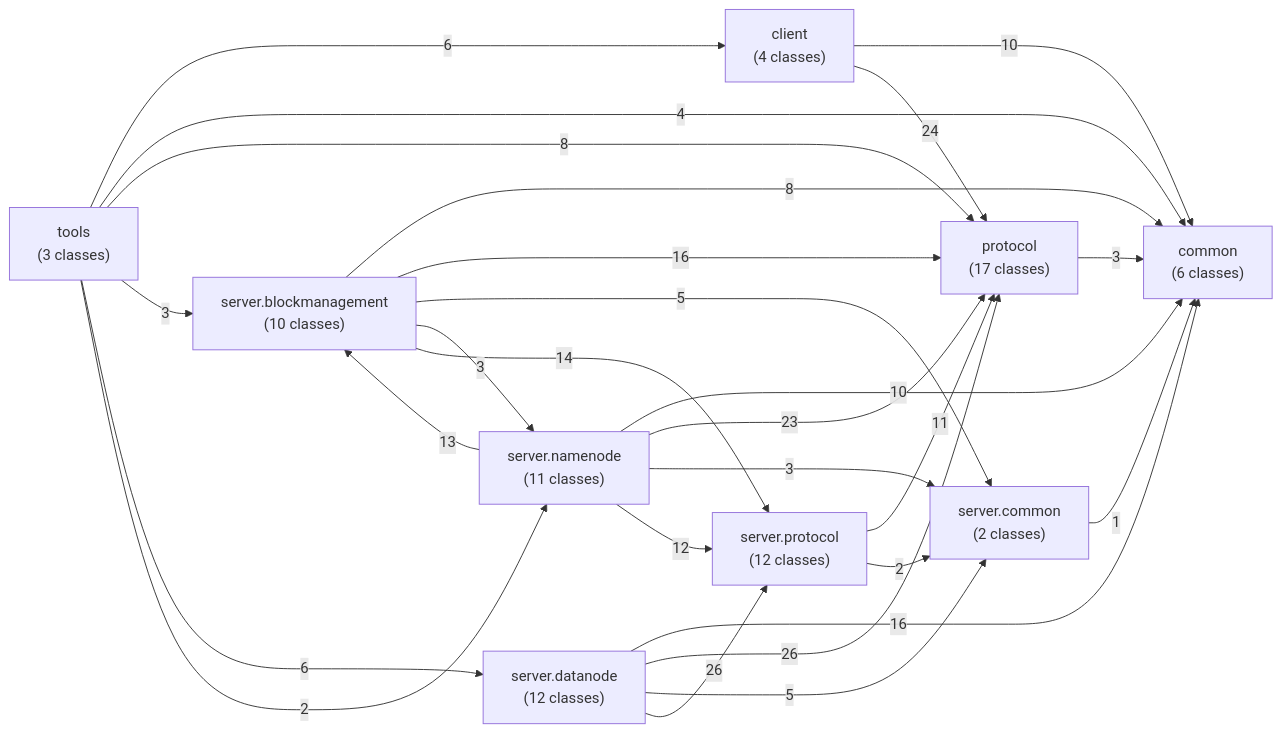
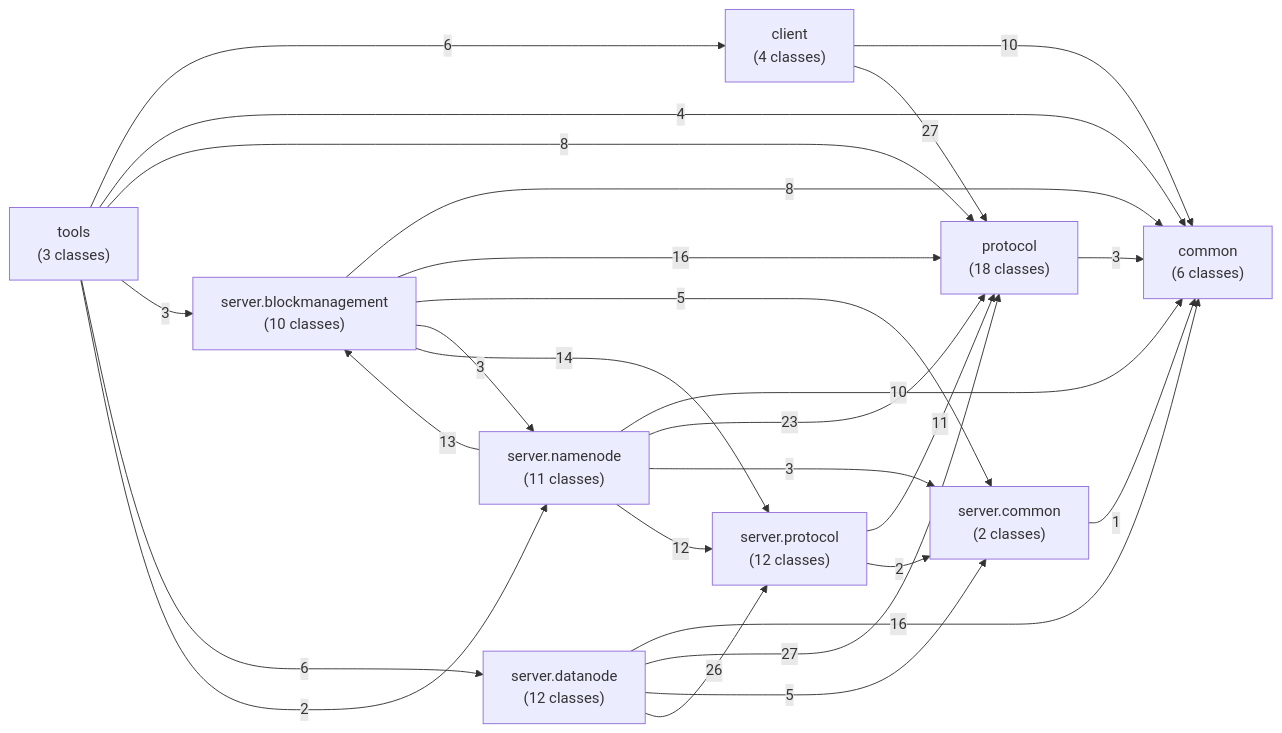
One commit to catothi/edudfs changed the first of 11 diagrams in docs/DEPENDENCIES.md. Above: the diagram before and after it, drawn with Mermaid. The commit also changed other lines of this file and 28 other files, not shown here.

````diff
--- a/docs/DEPENDENCIES.md
+++ b/docs/DEPENDENCIES.md
@@ -20,38 +20,38 @@
 ```mermaid
 flowchart LR
     client["client<br/>(4 classes)"]
     common["common<br/>(6 classes)"]
-    protocol["protocol<br/>(17 classes)"]
+    protocol["protocol<br/>(18 classes)"]
     server_blockmanagement["server.blockmanagement<br/>(10 classes)"]
     server_common["server.common<br/>(2 classes)"]
     server_datanode["server.datanode<br/>(12 classes)"]
     server_namenode["server.namenode<br/>(11 classes)"]
     server_protocol["server.protocol<br/>(12 classes)"]
     tools["tools<br/>(3 classes)"]
     client -- 10 --> common
-    client -- 24 --> protocol
+    client -- 27 --> protocol
     protocol -- 3 --> common
     server_blockmanagement -- 8 --> common
     server_blockmanagement -- 16 --> protocol
     server_blockmanagement -- 5 --> server_common
     server_blockmanagement -- 3 --> server_namenode
     server_blockmanagement -- 14 --> server_protocol
     server_common -- 1 --> common
     server_datanode -- 16 --> common
-    server_datanode -- 26 --> protocol
+    server_datanode -- 27 --> protocol
     server_datanode -- 5 --> server_common
     server_datanode -- 26 --> server_protocol
     server_namenode -- 10 --> common
     server_namenode -- 23 --> protocol
     server_namenode -- 13 --> server_blockmanagement
     server_namenode -- 3 --> server_common
     server_namenode -- 12 --> server_protocol
     server_protocol -- 11 --> protocol
     server_protocol -- 2 --> server_common
     tools -- 6 --> client
     tools -- 4 --> common
     tools -- 8 --> protocol
     tools -- 3 --> server_blockmanagement
     tools -- 6 --> server_datanode
     tools -- 2 --> server_namenode
 ```
````
